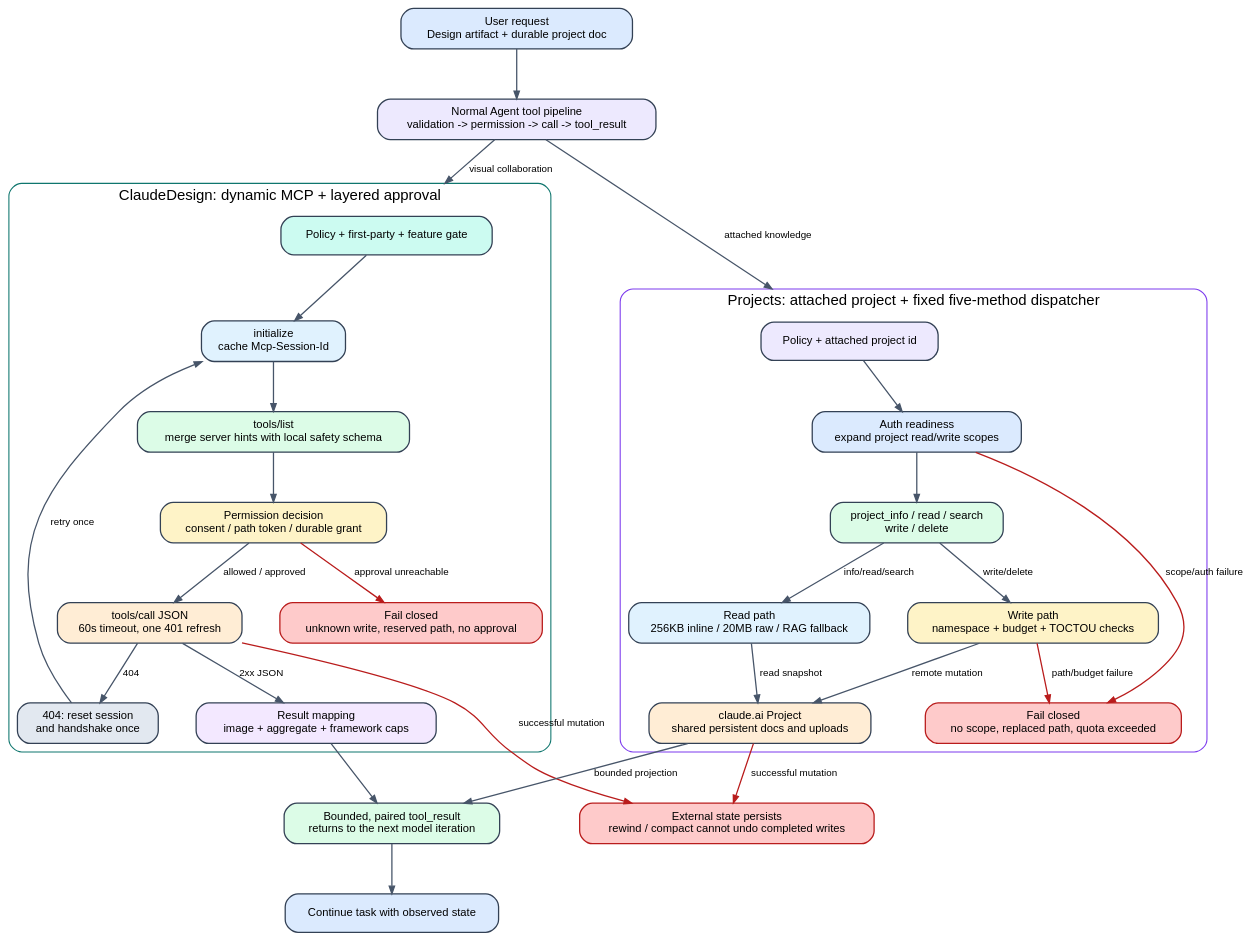
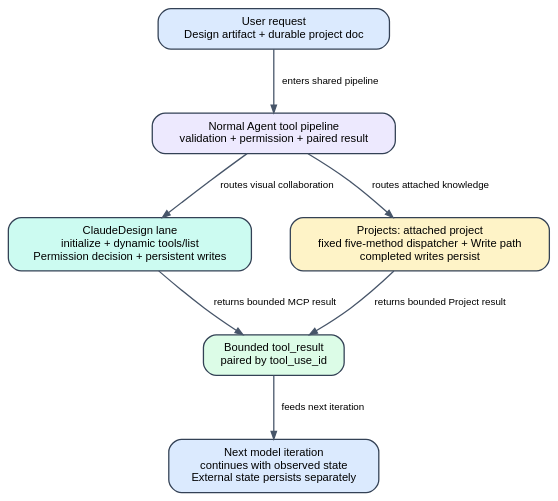
One commit to SwallOwDili/claudecodecli-sourcecode changed the diagram in analysis/visuals/claude-design-projects-lifecycle.dot. Above: the diagram before and after it, drawn with Graphviz. The commit also changed 16 other files, not shown here.

```diff
--- a/analysis/visuals/claude-design-projects-lifecycle.dot
+++ b/analysis/visuals/claude-design-projects-lifecycle.dot
@@ -1,71 +1,21 @@
 digraph ClaudeDesignProjectsLifecycle {
-  graph [rankdir=TB, bgcolor="transparent", pad="0.20", nodesep="0.48", ranksep="0.62", fontname="Helvetica", compound=true];
+  graph [rankdir=TB, bgcolor="transparent", pad="0.20", nodesep="0.50", ranksep="0.68", fontname="Helvetica"];
   node [shape=box, style="rounded,filled", fontname="Helvetica", fontsize=10.5, margin="0.14,0.10", color="#334155", penwidth=1.2];
   edge [fontname="Helvetica", fontsize=9.2, color="#475569", penwidth=1.2, arrowsize=0.72];
 
   request [label="User request\nDesign artifact + durable project doc", fillcolor="#DBEAFE"];
-  pipeline [label="Normal Agent tool pipeline\nvalidation -> permission -> call -> tool_result", fillcolor="#EDE9FE"];
-  paired [label="Bounded, paired tool_result\nreturns to the next model iteration", fillcolor="#DCFCE7"];
-  next [label="Continue task with observed state", fillcolor="#DBEAFE"];
-  external [label="External state persists\nrewind / compact cannot undo completed writes", fillcolor="#FECACA", color="#B91C1C"];
+  pipeline [label="Normal Agent tool pipeline\nvalidation + permission + paired result", fillcolor="#EDE9FE"];
+  design [label="ClaudeDesign lane\ninitialize + dynamic tools/list\nPermission decision + persistent writes", fillcolor="#CCFBF1"];
+  projects [label="Projects: attached project\nfixed five-method dispatcher + Write path\ncompleted writes persist", fillcolor="#FEF3C7"];
+  paired [label="Bounded tool_result\npaired by tool_use_id", fillcolor="#DCFCE7"];
+  next [label="Next model iteration\ncontinues with observed state\nExternal state persists separately", fillcolor="#DBEAFE"];
 
-  subgraph cluster_design {
-    label="ClaudeDesign: dynamic MCP + layered approval";
-    color="#0F766E";
-    style="rounded";
-    fontname="Helvetica";
+  request -> pipeline [label="enters shared pipeline"];
+  pipeline -> design [label="routes visual collaboration"];
+  pipeline -> projects [label="routes attached knowledge"];
+  design -> paired [label="returns bounded MCP result"];
+  projects -> paired [label="returns bounded Project result"];
+  paired -> next [label="feeds next iteration"];
 
-    d_gate [label="Policy + first-party + feature gate", fillcolor="#CCFBF1"];
-    d_init [label="initialize\ncache Mcp-Session-Id", fillcolor="#E0F2FE"];
-    d_list [label="tools/list\nmerge server hints with local safety schema", fillcolor="#DCFCE7"];
-    d_perm [label="Permission decision\nconsent / path token / durable grant", fillcolor="#FEF3C7"];
-    d_call [label="tools/call JSON\n60s timeout, one 401 refresh", fillcolor="#FFEDD5"];
-    d_result [label="Result mapping\nimage + aggregate + framework caps", fillcolor="#F3E8FF"];
-    d_reset [label="404: reset session\nand handshake once", fillcolor="#E2E8F0"];
-    d_deny [label="Fail closed\nunknown write, reserved path, no approval", fillcolor="#FECACA", color="#B91C1C"];
-
-    d_gate -> d_init;
-    d_init -> d_list;
-    d_list -> d_perm;
-    d_perm -> d_call [label="allowed / approved"];
-    d_perm -> d_deny [label="approval unreachable", color="#B91C1C"];
-    d_call -> d_reset [label="404"];
-    d_reset -> d_init [label="retry once"];
-    d_call -> d_result [label="2xx JSON"];
-  }
-
-  subgraph cluster_projects {
-    label="Projects: attached project + fixed five-method dispatcher";
-    color="#7C3AED";
-    style="rounded";
-    fontname="Helvetica";
-
-    p_gate [label="Policy + attached project id", fillcolor="#EDE9FE"];
-    p_auth [label="Auth readiness\nexpand project read/write scopes", fillcolor="#DBEAFE"];
-    p_dispatch [label="project_info / read / search\nwrite / delete", fillcolor="#DCFCE7"];
-    p_read [label="Read path\n256KB inline / 20MB raw / RAG fallback", fillcolor="#E0F2FE"];
-    p_write [label="Write path\nnamespace + budget + TOCTOU checks", fillcolor="#FEF3C7"];
-    p_remote [label="claude.ai Project\nshared persistent docs and uploads", fillcolor="#FFEDD5"];
-    p_fail [label="Fail closed\nno scope, replaced path, quota exceeded", fillcolor="#FECACA", color="#B91C1C"];
-
-    p_gate -> p_auth;
-    p_auth -> p_dispatch;
-    p_dispatch -> p_read [label="info/read/search"];
-    p_dispatch -> p_write [label="write/delete"];
-    p_read -> p_remote [label="read snapshot"];
-    p_write -> p_remote [label="remote mutation"];
-    p_auth -> p_fail [label="scope/auth failure", color="#B91C1C"];
-    p_write -> p_fail [label="path/budget failure", color="#B91C1C"];
-  }
-
-  request -> pipeline;
-  pipeline -> d_gate [lhead=cluster_design, label="visual collaboration"];
-  pipeline -> p_gate [lhead=cluster_projects, label="attached knowledge"];
-  d_result -> paired;
-  p_remote -> paired [label="bounded projection"];
-  paired -> next;
-  d_call -> external [label="successful mutation", color="#B91C1C"];
-  p_remote -> external [label="successful mutation", color="#B91C1C"];
-
-  { rank=same; paired; external; }
+  { rank=same; design; projects; }
 }
```
